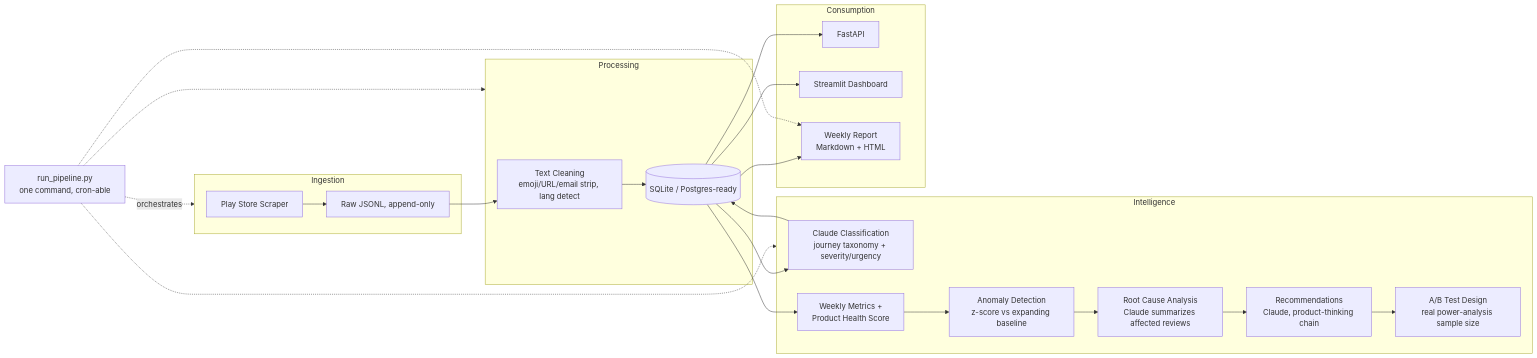
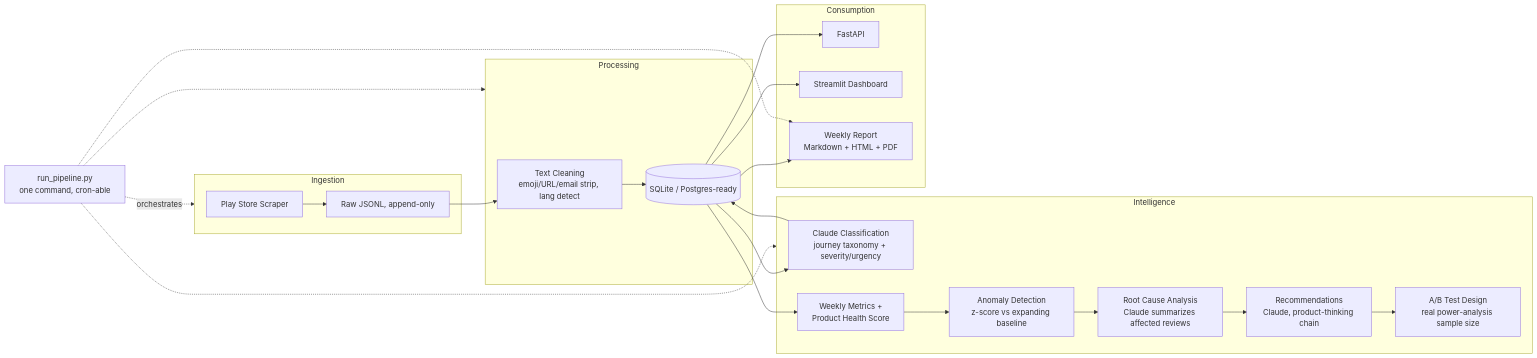
The diagram in README.md (ArjunSahu123/voc-intelligence-platform), drawn with Mermaid before and after one commit. The commit also changed other lines of this file and 8 other files, not shown here.

First line of the commit message:
Add PDF export for weekly reports

````diff
--- a/README.md
+++ b/README.md
@@ -27,28 +27,28 @@
 ```mermaid
 flowchart LR
     subgraph Ingestion
         A[Play Store Scraper] --> B[Raw JSONL, append-only]
     end
     subgraph Processing
         B --> C[Text Cleaning<br/>emoji/URL/email strip, lang detect]
         C --> D[(SQLite / Postgres-ready)]
     end
     subgraph Intelligence
         D --> E[Claude Classification<br/>journey taxonomy + severity/urgency]
         E --> D
         D --> F[Weekly Metrics +<br/>Product Health Score]
         F --> G[Anomaly Detection<br/>z-score vs expanding baseline]
         G --> H[Root Cause Analysis<br/>Claude summarizes affected reviews]
         H --> I[Recommendations<br/>Claude, product-thinking chain]
         I --> J[A/B Test Design<br/>real power-analysis sample size]
     end
     subgraph Consumption
         D --> K[FastAPI]
         D --> L[Streamlit Dashboard]
-        D --> M[Weekly Report<br/>Markdown + HTML]
+        D --> M[Weekly Report<br/>Markdown + HTML + PDF]
     end
     N[run_pipeline.py<br/>one command, cron-able] -.orchestrates.-> Ingestion
     N -.-> Processing
     N -.-> Intelligence
     N -.-> M
 ```
````
